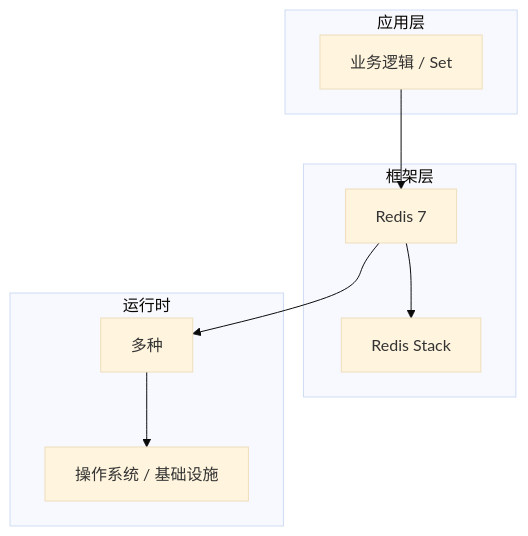
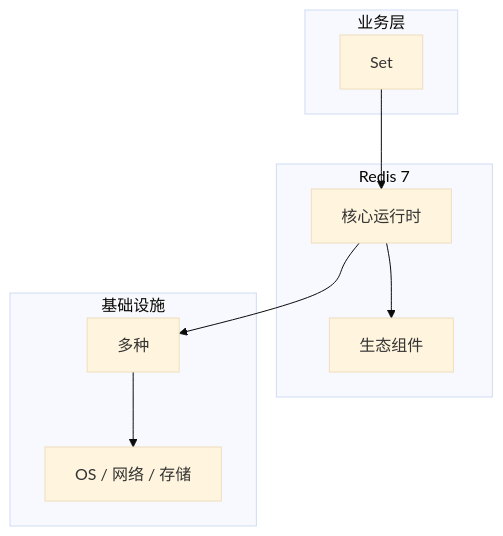
The diagram in articles/Redis/chapters/031-Set核心概念与原理.md (yanggan2015/knowledge-json-v2), drawn with Mermaid (base theme) before and after one commit. The commit also changed other lines of this file and 10127 other files, not shown here.

````diff
--- a/articles/Redis/chapters/031-Set核心概念与原理.md
+++ b/articles/Redis/chapters/031-Set核心概念与原理.md
@@ -45,18 +34,18 @@
 ```mermaid
 graph TB
-    subgraph 应用层
-        A[业务逻辑 / Set]
+    subgraph 业务层
+        A[Set]
     end
-    subgraph 框架层
-        B[Redis 7]
-        C[Redis Stack]
+    subgraph Redis 7
+        B[核心运行时]
+        C[生态组件]
     end
-    subgraph 运行时
+    subgraph 基础设施
         D[多种]
-        E[操作系统 / 基础设施]
+        E[OS / 网络 / 存储]
     end
     A --> B
     B --> C
     B --> D
     D --> E
 ```
````
